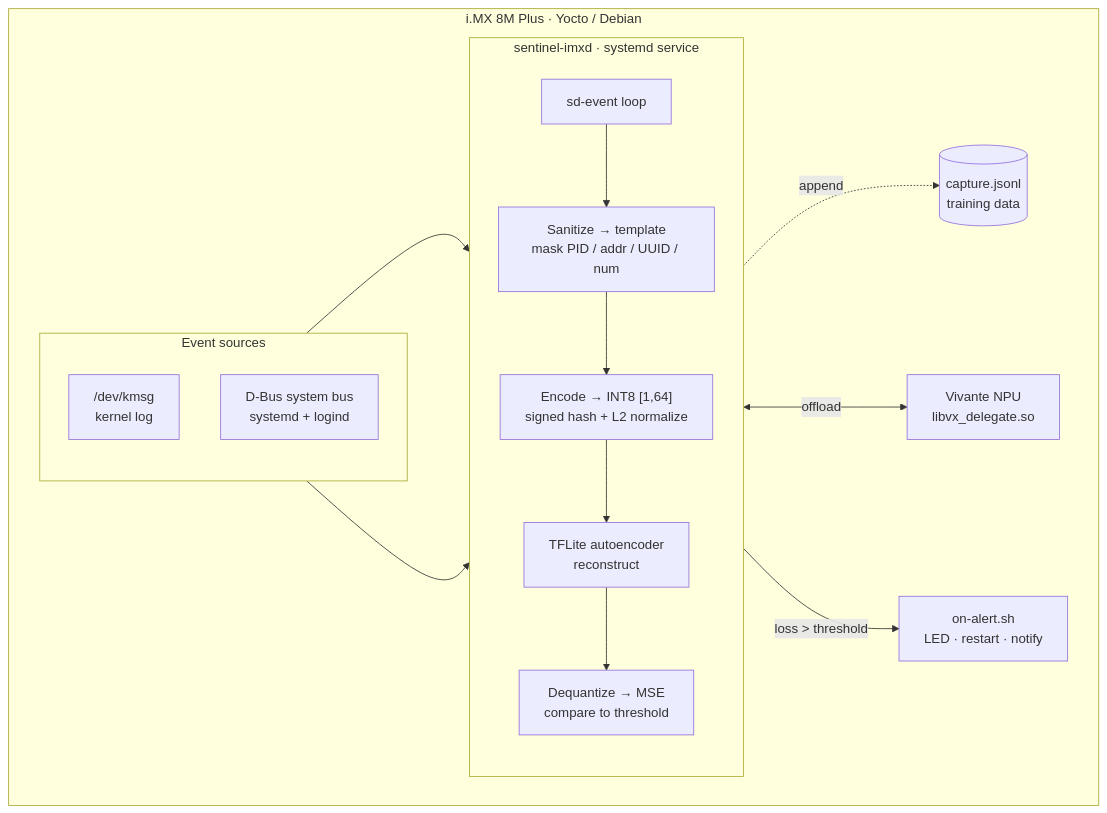
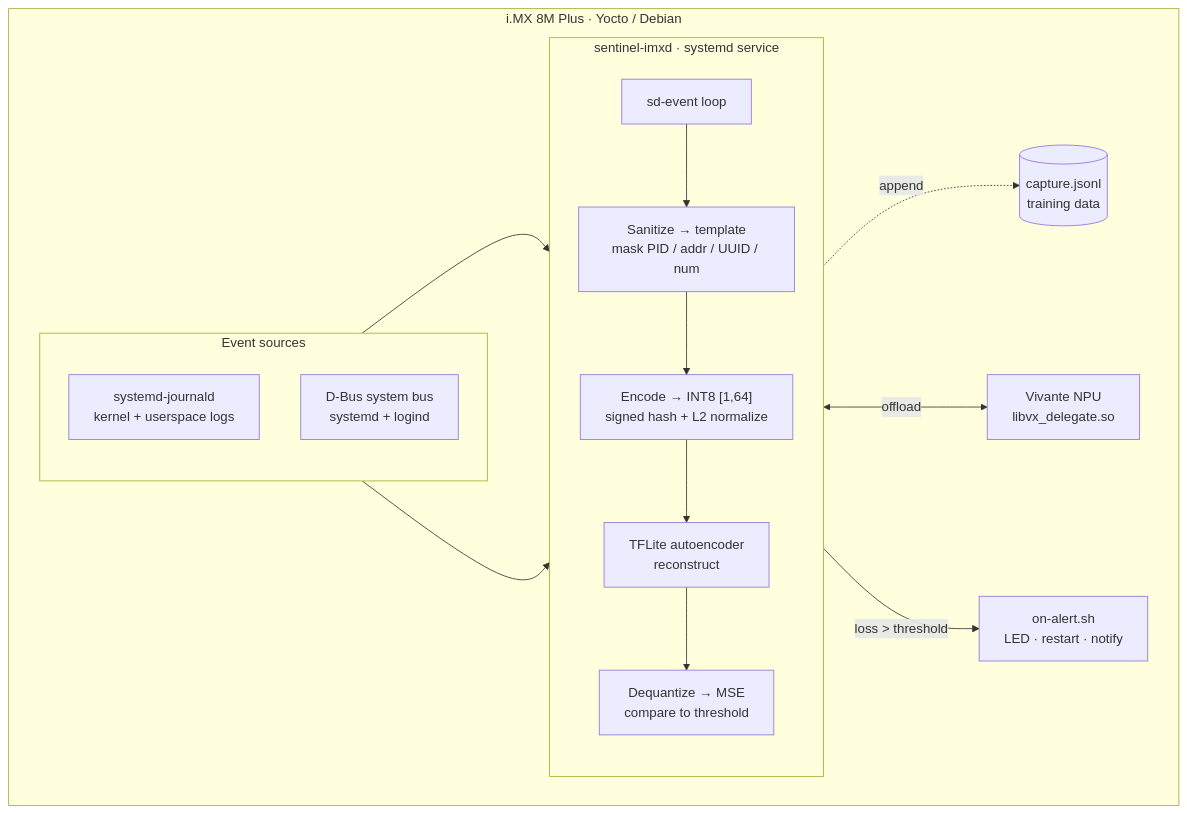
Before and after one commit to leonardosalvatore/sentinel-imx-sys: the first of 2 diagrams in README.md, drawn with Mermaid. The commit also changed other lines of this file and 28 other files, not shown here.

````diff
--- a/README.md
+++ b/README.md
@@ -21,31 +43,31 @@
 ```mermaid
 flowchart LR
   subgraph board["i.MX 8M Plus · Yocto / Debian"]
     direction LR
     subgraph src["Event sources"]
       direction TB
-      kmsg["/dev/kmsg<br/>kernel log"]
+      journal["systemd-journald<br/>kernel + userspace logs"]
       dbus["D-Bus system bus<br/>systemd + logind"]
     end
 
     subgraph daemon["sentinel-imxd · systemd service"]
       direction TB
       loop["sd-event loop"]
       san["Sanitize → template<br/>mask PID / addr / UUID / num"]
       enc["Encode → INT8 [1,64]<br/>signed hash + L2 normalize"]
       inf["TFLite autoencoder<br/>reconstruct"]
       mse["Dequantize → MSE<br/>compare to threshold"]
       loop --> san --> enc --> inf --> mse
     end
 
     npu["Vivante NPU<br/>libvx_delegate.so"]
     cap[("capture.jsonl<br/>training data")]
     alert["on-alert.sh<br/>LED · restart · notify"]
 
-    kmsg --> loop
+    journal --> loop
     dbus --> loop
     enc -. append .-> cap
     inf <-->|offload| npu
     mse -->|"loss &gt; threshold"| alert
   end
 ```
````
